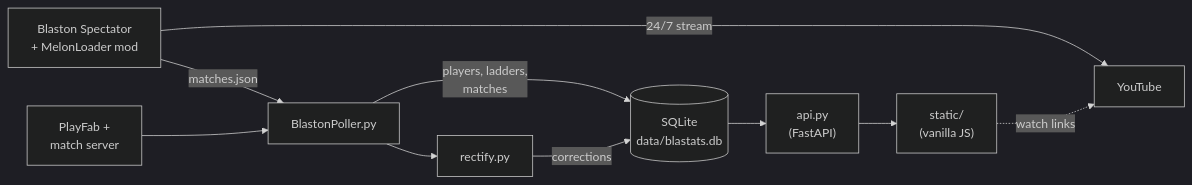
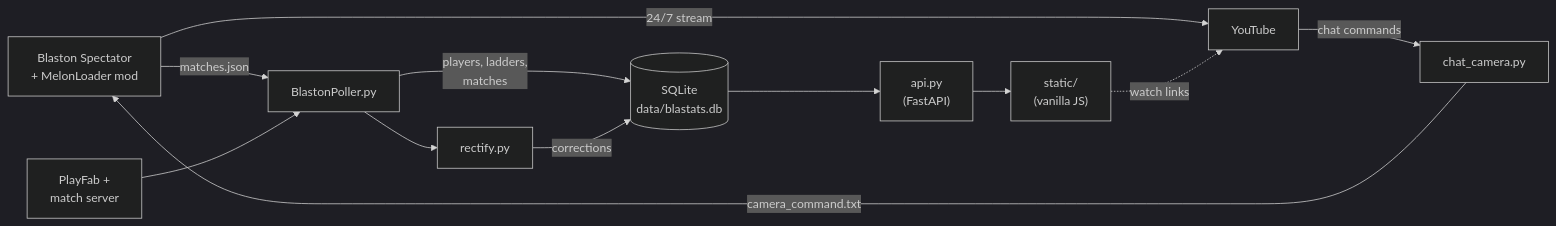
Before and after one commit to paucon07/Blastats: the diagram in README.md, drawn with Mermaid (dark theme). The commit also changed other lines of this file and 1 other file, not shown here.

````diff
--- a/README.md
+++ b/README.md
@@ -13,12 +13,14 @@
 ```mermaid
 flowchart LR
     game["Blaston Spectator<br/>+ MelonLoader mod"] -->|matches.json| poller["BlastonPoller.py"]
     game -->|24/7 stream| yt["YouTube"]
     site -.->|watch links| yt
+    yt -->|chat commands| chat["chat_camera.py"]
+    chat -->|camera_command.txt| game
     playfab["PlayFab +<br/>match server"] --> poller
     poller -->|players, ladders,<br/>matches| db[("SQLite<br/>data/blastats.db")]
     poller --> rectify["rectify.py"]
     rectify -->|corrections| db
     db --> api["api.py<br/>(FastAPI)"]
     api --> site["static/<br/>(vanilla JS)"]
 ```
````
